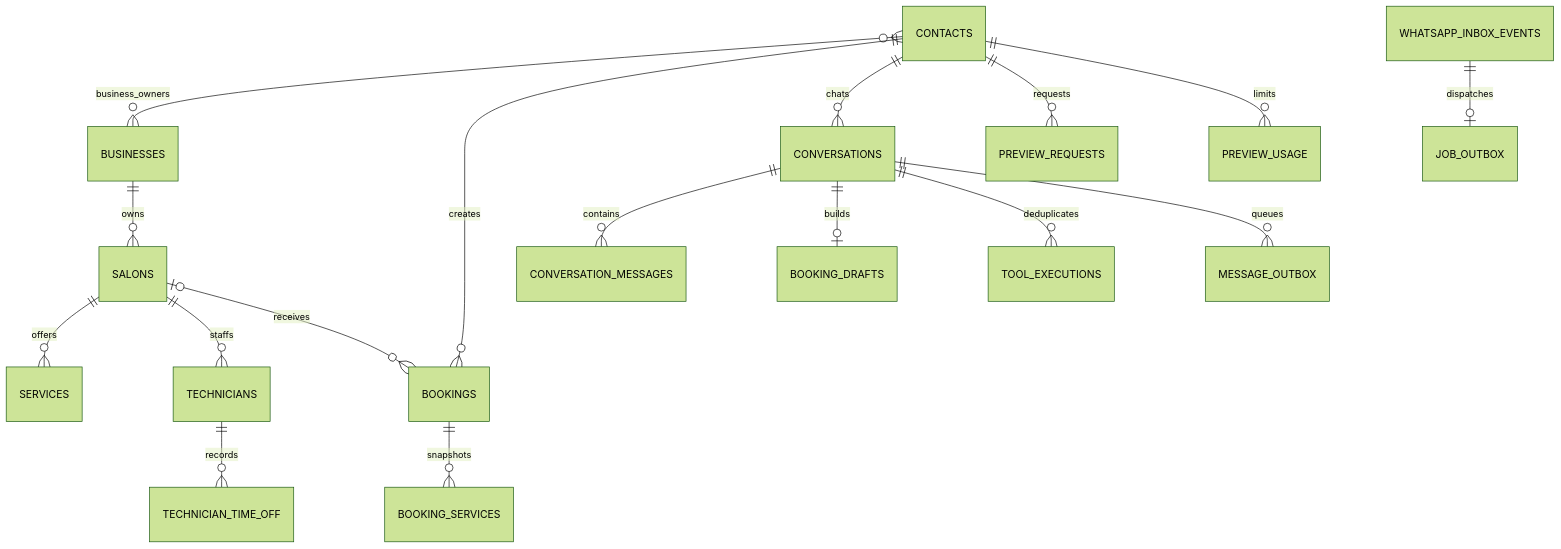
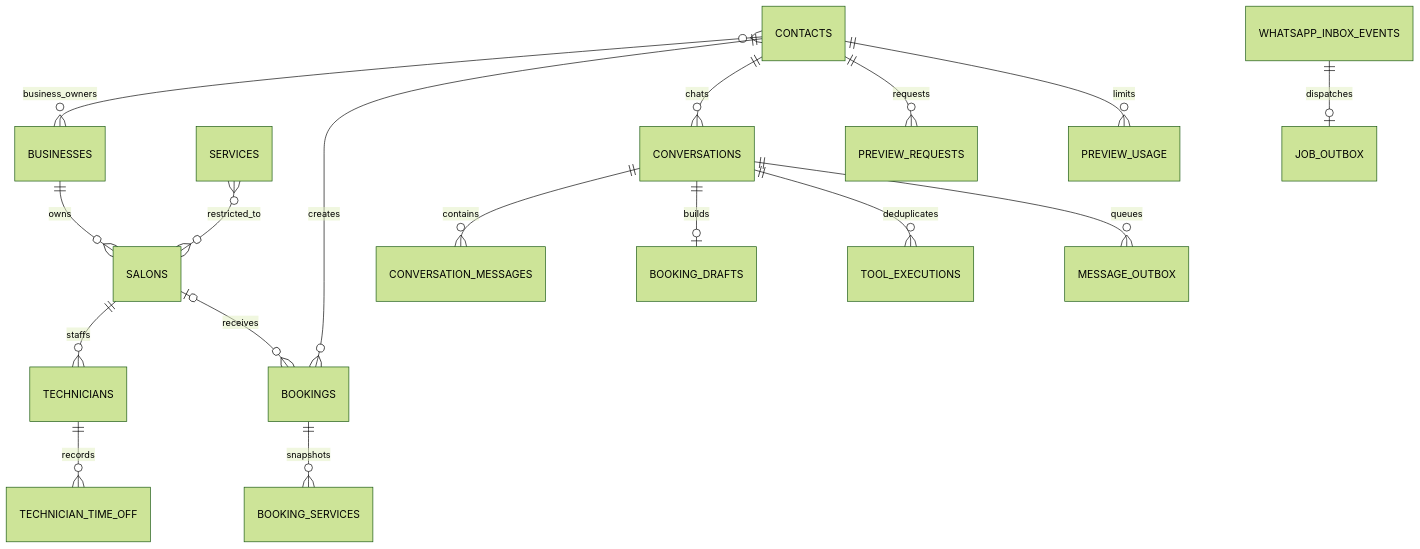
The diagram in docs/architecture/data-model.md (klardaofficial/nail-salon-platform), drawn with Mermaid (forest theme) before and after one commit. The commit also changed other lines of this file and 14 other files, not shown here.

````diff
--- a/docs/architecture/data-model.md
+++ b/docs/architecture/data-model.md
@@ -3,19 +3,19 @@
 ```mermaid
 erDiagram
   BUSINESSES ||--o{ SALONS : owns
   CONTACTS }o--o{ BUSINESSES : business_owners
-  SALONS ||--o{ SERVICES : offers
+  SERVICES }o--o{ SALONS : restricted_to
   SALONS ||--o{ TECHNICIANS : staffs
   TECHNICIANS ||--o{ TECHNICIAN_TIME_OFF : records
   CONTACTS ||--o{ BOOKINGS : creates
   SALONS |o--o{ BOOKINGS : receives
   BOOKINGS ||--o{ BOOKING_SERVICES : snapshots
   CONTACTS ||--o{ CONVERSATIONS : chats
   CONVERSATIONS ||--o{ CONVERSATION_MESSAGES : contains
   CONVERSATIONS ||--o| BOOKING_DRAFTS : builds
   CONVERSATIONS ||--o{ TOOL_EXECUTIONS : deduplicates
   CONTACTS ||--o{ PREVIEW_REQUESTS : requests
   CONTACTS ||--o{ PREVIEW_USAGE : limits
   WHATSAPP_INBOX_EVENTS ||--o| JOB_OUTBOX : dispatches
   CONVERSATIONS ||--o{ MESSAGE_OUTBOX : queues
 ```
````
